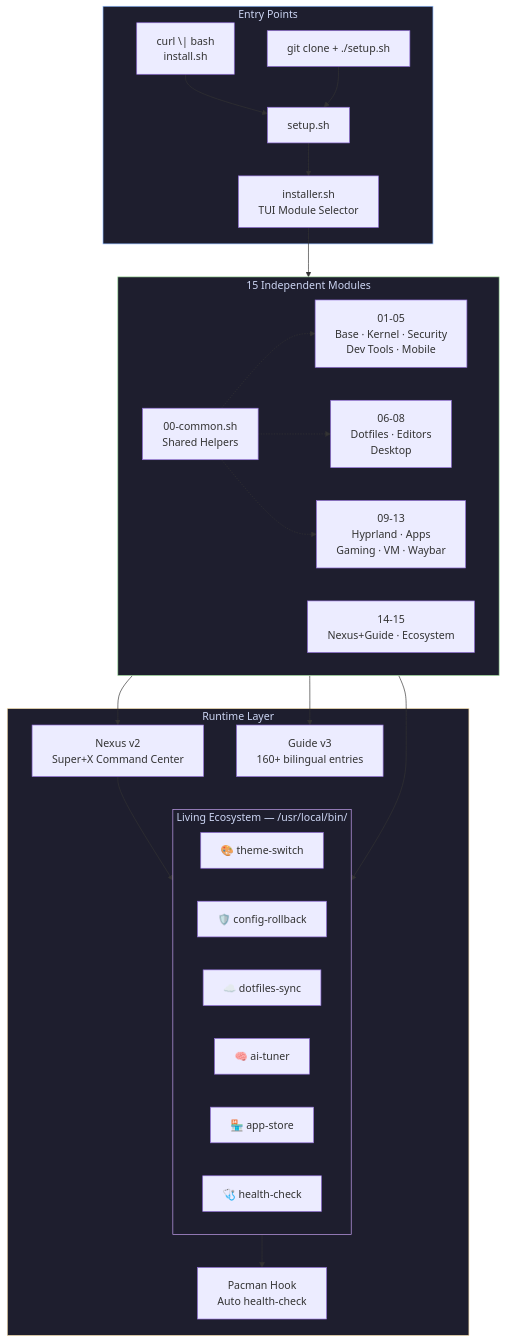
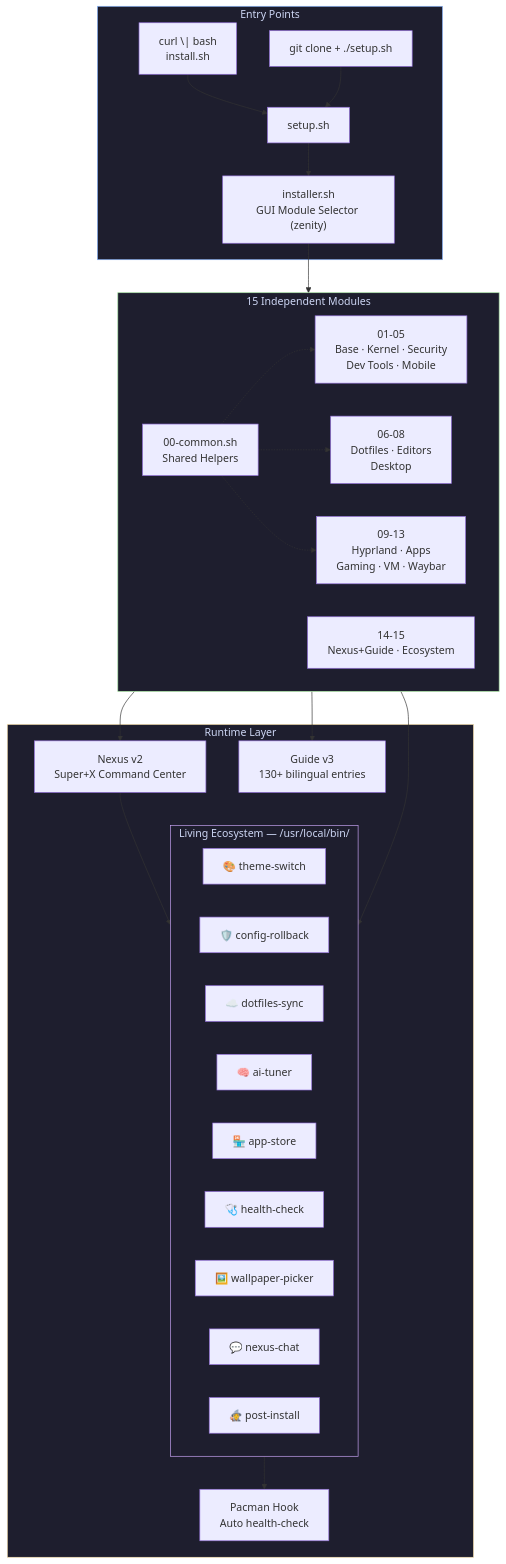
The diagram in README.md (anantaarthasejahtera/CachyOS-Workstation-Setup), drawn with Mermaid before and after one commit. The commit also changed other lines of this file and 54 other files, not shown here.

````diff
--- a/README.md
+++ b/README.md
@@ -209,45 +212,48 @@
 ```mermaid
 flowchart TB
     subgraph Entry["Entry Points"]
         CURL["curl \| bash<br/>install.sh"] --> SETUP
         MANUAL["git clone + ./setup.sh"] --> SETUP
-        SETUP["setup.sh"] --> TUI["installer.sh<br/>TUI Module Selector"]
+        SETUP["setup.sh"] --> GUI["installer.sh<br/>GUI Module Selector (zenity)"]
     end
 
     subgraph Modules["15 Independent Modules"]
         direction LR
         M00["00-common.sh<br/>Shared Helpers"] -.-> M01 & M06 & M09
         M01["01-05<br/>Base · Kernel · Security<br/>Dev Tools · Mobile"]
         M06["06-08<br/>Dotfiles · Editors<br/>Desktop"]
         M09["09-13<br/>Hyprland · Apps<br/>Gaming · VM · Waybar"]
         M14["14-15<br/>Nexus+Guide · Ecosystem"]
     end
 
-    TUI --> Modules
+    GUI --> Modules
 
     subgraph Ecosystem["Living Ecosystem — /usr/local/bin/"]
         direction LR
         TS["🎨 theme-switch"]
         CR["🛡️ config-rollback"]
         DS["☁️ dotfiles-sync"]
         AT["🧠 ai-tuner"]
         AS["🏪 app-store"]
         HC["🩺 health-check"]
+        WP["🖼️ wallpaper-picker"]
+        NC["💬 nexus-chat"]
+        PI["🧙 post-install"]
     end
 
     M14 --> Ecosystem
 
     subgraph Runtime["Runtime Layer"]
         NEXUS["Nexus v2<br/>Super+X Command Center"] --> Ecosystem
-        GUIDE["Guide v3<br/>160+ bilingual entries"]
+        GUIDE["Guide v3<br/>130+ bilingual entries"]
         HOOK["Pacman Hook<br/>Auto health-check"]
     end
 
     M14 --> NEXUS & GUIDE
     HC --> HOOK
 
     style Entry fill:#1e1e2e,stroke:#89b4fa,color:#cdd6f4
     style Modules fill:#1e1e2e,stroke:#a6e3a1,color:#cdd6f4
     style Ecosystem fill:#1e1e2e,stroke:#cba6f7,color:#cdd6f4
     style Runtime fill:#1e1e2e,stroke:#f9e2af,color:#cdd6f4
 ```
````
